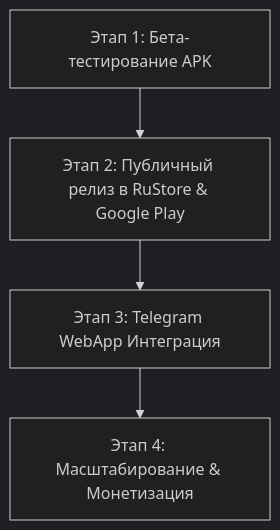
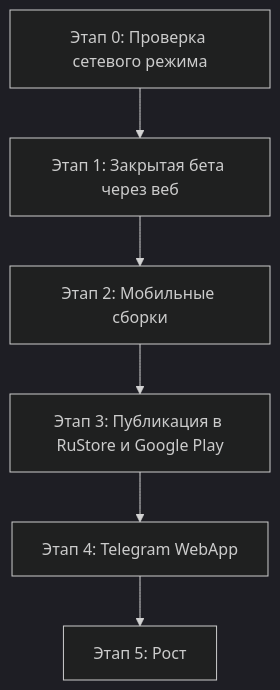
The diagram in LAUNCH_ROADMAP.md (alexflin777-svg/SplitIt), drawn with Mermaid (dark theme) before and after one commit. The commit also changed other lines of this file and 1 other file, not shown here.

````diff
--- a/LAUNCH_ROADMAP.md
+++ b/LAUNCH_ROADMAP.md
@@ -14,6 +44,8 @@
 ```mermaid
 flowchart TD
-    A[Этап 1: Бета-тестирование APK] --> B[Этап 2: Публичный релиз в RuStore & Google Play]
-    B --> C[Этап 3: Telegram WebApp Интеграция]
-    C --> D[Этап 4: Масштабирование & Монетизация]
+    Z[Этап 0: Проверка сетевого режима] --> A[Этап 1: Закрытая бета через веб]
+    A --> B[Этап 2: Мобильные сборки]
+    B --> C[Этап 3: Публикация в RuStore и Google Play]
+    C --> D[Этап 4: Telegram WebApp]
+    D --> E[Этап 5: Рост]
 ```
````
